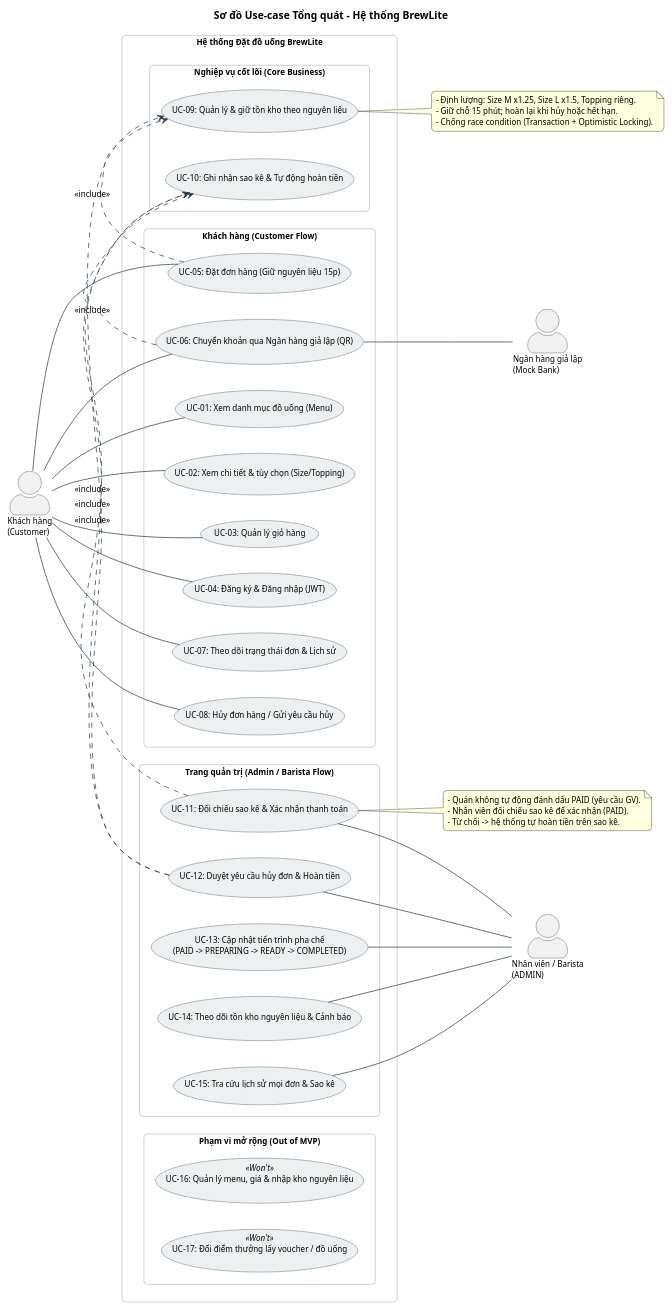
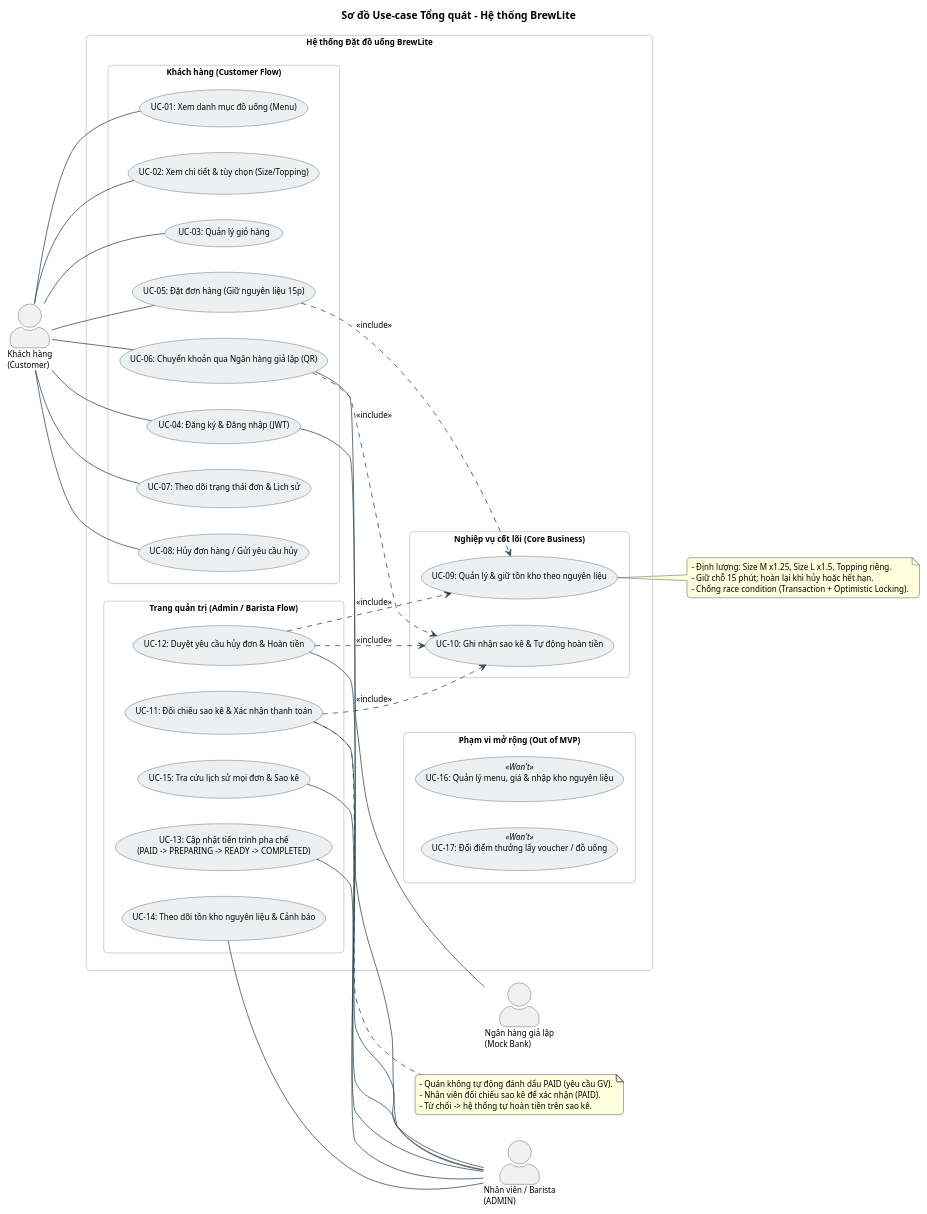
The diagram in docs/diagrams/usecase-overview.puml (nhom6cnpm/brewlite-a2), drawn with PlantUML before and after one commit.

Commit message:
docs(diagrams): sửa giúp Phúc - sơ đồ use-case tổng quát (Task 1.2)
- Thêm liên kết Nhân viên / Barista (ADMIN) với UC-04 Đăng ký & Đăng nhập:
  nhân viên cũng phải đăng nhập tài khoản ADMIN để vào trang quản trị
- Đổi mũi tên include sang dạng chuẩn `..>`
- Thêm 3 liên kết ẩn chỉ để sắp bố cục: luồng khách -> nghiệp vụ cốt lõi
  -> trang quản trị, phạm vi mở rộng xuống cuối, để các mũi tên
  <<include>> từ UC-11/UC-12 không vòng qua phía actor Khách hàng

Ảnh .svg/.png cần xuất lại từ file .puml này.

```diff
--- a/docs/diagrams/usecase-overview.puml
+++ b/docs/diagrams/usecase-overview.puml
@@ -1,90 +1,97 @@
 @startuml
 left to right direction
 skinparam actorStyle awesome
 skinparam packageStyle rectangle
 skinparam roundcorner 10
 skinparam defaultFontName Arial
 skinparam defaultFontSize 11
 skinparam arrowColor #2C3E50
 skinparam actorBorderColor #2C3E50
 skinparam rectangleBorderColor #BDC3C7
 skinparam usecaseBackgroundColor #ECF0F1
 skinparam usecaseBorderColor #34495E
 
 title Sơ đồ Use-case Tổng quát - Hệ thống BrewLite
 
 actor "Khách hàng\n(Customer)" as Customer
 
 rectangle "Hệ thống Đặt đồ uống BrewLite" {
   
   package "Khách hàng (Customer Flow)" {
     usecase "UC-01: Xem danh mục đồ uống (Menu)" as UC_Menu
     usecase "UC-02: Xem chi tiết & tùy chọn (Size/Topping)" as UC_Detail
     usecase "UC-03: Quản lý giỏ hàng" as UC_Cart
     usecase "UC-04: Đăng ký & Đăng nhập (JWT)" as UC_Auth
     usecase "UC-05: Đặt đơn hàng (Giữ nguyên liệu 15p)" as UC_Order
     usecase "UC-06: Chuyển khoản qua Ngân hàng giả lập (QR)" as UC_Pay
     usecase "UC-07: Theo dõi trạng thái đơn & Lịch sử" as UC_Track
     usecase "UC-08: Hủy đơn hàng / Gửi yêu cầu hủy" as UC_Cancel
   }
 
   package "Nghiệp vụ cốt lõi (Core Business)" {
     usecase "UC-09: Quản lý & giữ tồn kho theo nguyên liệu" as UC_Inventory
     usecase "UC-10: Ghi nhận sao kê & Tự động hoàn tiền" as UC_Statement
   }
 
   package "Trang quản trị (Admin / Barista Flow)" {
     usecase "UC-11: Đối chiếu sao kê & Xác nhận thanh toán" as UC_ConfirmPay
     usecase "UC-12: Duyệt yêu cầu hủy đơn & Hoàn tiền" as UC_ApproveCancel
     usecase "UC-13: Cập nhật tiến trình pha chế\n(PAID -> PREPARING -> READY -> COMPLETED)" as UC_Brewing
     usecase "UC-14: Theo dõi tồn kho nguyên liệu & Cảnh báo" as UC_StockView
     usecase "UC-15: Tra cứu lịch sử mọi đơn & Sao kê" as UC_AdminHistory
   }
 
   package "Phạm vi mở rộng (Out of MVP)" {
     usecase "UC-16: Quản lý menu, giá & nhập kho nguyên liệu" as UC_AdminManage <<Won't>>
     usecase "UC-17: Đổi điểm thưởng lấy voucher / đồ uống" as UC_Redeem <<Won't>>
   }
 }
 
 actor "Ngân hàng giả lập\n(Mock Bank)" as MockBank
 actor "Nhân viên / Barista\n(ADMIN)" as Staff
 
 ' Customer on LEFT
 Customer -- UC_Menu
 Customer -- UC_Detail
 Customer -- UC_Cart
 Customer -- UC_Auth
 Customer -- UC_Order
 Customer -- UC_Pay
 Customer -- UC_Track
 Customer -- UC_Cancel
 
 ' MockBank and Staff on RIGHT
 UC_Pay -- MockBank
+UC_Auth -- Staff
 UC_ConfirmPay -- Staff
 UC_ApproveCancel -- Staff
 UC_Brewing -- Staff
 UC_StockView -- Staff
 UC_AdminHistory -- Staff
 
 ' Include relationships between use-cases
-UC_Order .> UC_Inventory : <<include>>
-UC_Pay .> UC_Statement : <<include>>
-UC_ConfirmPay .> UC_Statement : <<include>>
-UC_ApproveCancel .> UC_Statement : <<include>>
-UC_ApproveCancel .> UC_Inventory : <<include>>
+UC_Order ..> UC_Inventory : <<include>>
+UC_Pay ..> UC_Statement : <<include>>
+UC_ConfirmPay ..> UC_Statement : <<include>>
+UC_ApproveCancel ..> UC_Statement : <<include>>
+UC_ApproveCancel ..> UC_Inventory : <<include>>
+
+' Layout only (not part of the model): customer flow -> core -> admin flow,
+' extension package last
+UC_Cancel -[hidden]- UC_Inventory
+UC_Statement -[hidden]- UC_ConfirmPay
+UC_AdminHistory -[hidden]- UC_AdminManage
 
 note right of UC_Inventory
   - Định lượng: Size M x1.25, Size L x1.5, Topping riêng.
   - Giữ chỗ 15 phút; hoàn lại khi hủy hoặc hết hạn.
   - Chống race condition (Transaction + Optimistic Locking).
 end note
 
 note right of UC_ConfirmPay
   - Quán không tự động đánh dấu PAID (yêu cầu GV).
   - Nhân viên đối chiếu sao kê để xác nhận (PAID).
   - Từ chối -> hệ thống tự hoàn tiền trên sao kê.
 end note
 
 @enduml
```
